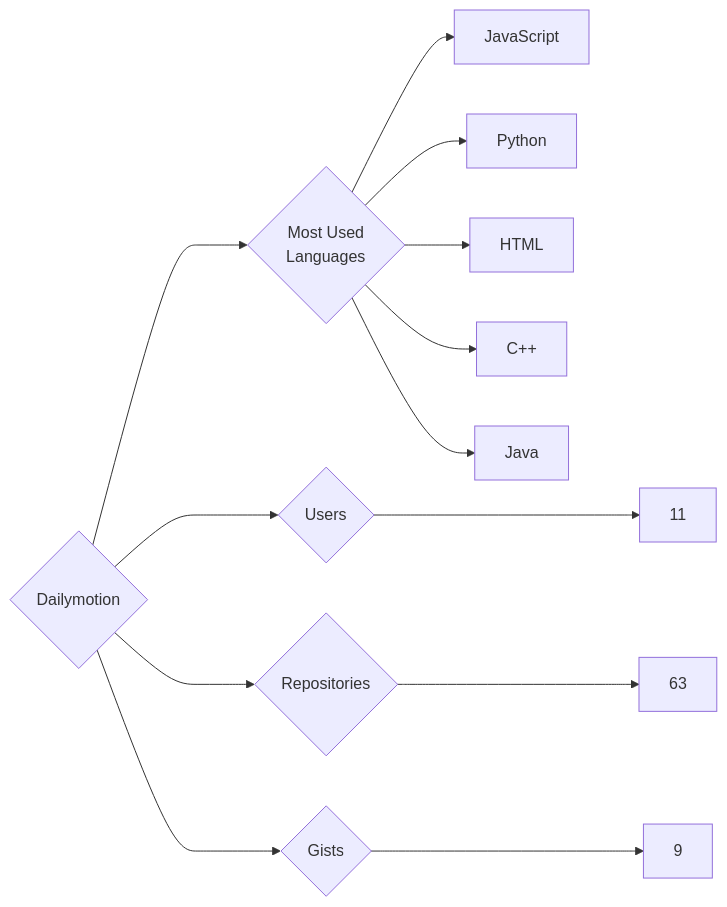
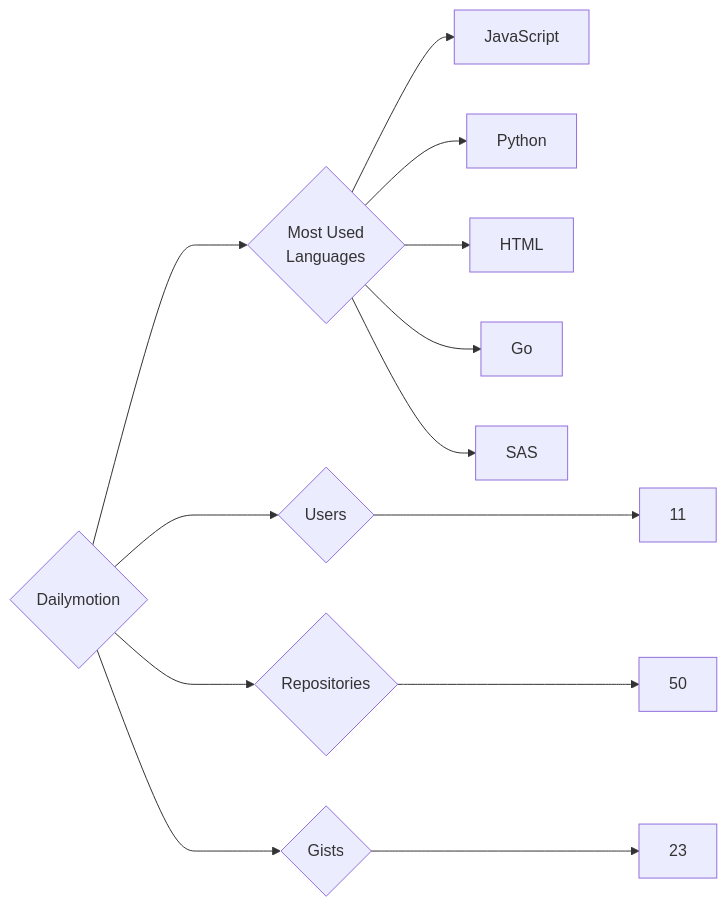
The diagram in targets/Dailymotion/README.md (trickest/insiders), drawn with Mermaid before and after one commit. The commit also changed 723 other files, not shown here.

````diff
--- a/targets/Dailymotion/README.md
+++ b/targets/Dailymotion/README.md
@@ -3,13 +3,13 @@
 ```mermaid
 graph LR
 COMPANY_NAME{Dailymotion}
 COMPANY_NAME ---> U{Users} ---> UN[11]
-COMPANY_NAME ---> R{Repositories} ---> RN[63]
-COMPANY_NAME ---> G{Gists} ---> GN[9]
+COMPANY_NAME ---> R{Repositories} ---> RN[50]
+COMPANY_NAME ---> G{Gists} ---> GN[23]
 COMPANY_NAME ---> ML{Most Used<br>Languages}
 ML --> JavaScript[JavaScript]
 ML --> Python[Python]
 ML --> HTML[HTML]
-ML --> C++[C++]
-ML --> Java[Java]
+ML --> Go[Go]
+ML --> SAS[SAS]
 ```
````
